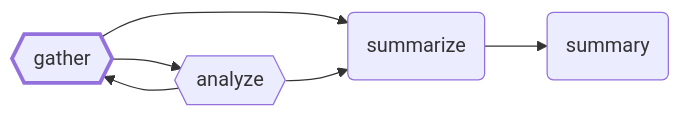
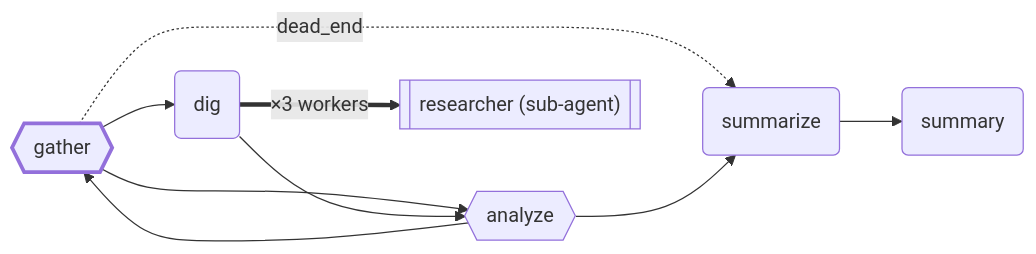
Before and after one commit to GEMISIS/leviath: the diagram in docs/assets/agents/src/researcher.mmd, drawn with Mermaid. The commit also changed 28 other files, not shown here.

First line of the commit message:
docs(agents): orchestrator catalog entry, regenerated diagrams, eight-agent counts

```diff
--- a/docs/assets/agents/src/researcher.mmd
+++ b/docs/assets/agents/src/researcher.mmd
@@ -1,12 +1,17 @@
 flowchart LR
     gather{{gather}}
     analyze{{analyze}}
     summarize(summarize)
     summary(summary)
+    dig(dig)
+    dig_workers[["researcher (sub-agent)"]]
+    gather --> dig
     gather --> analyze
-    gather --> summarize
+    gather -. dead_end .-> summarize
     analyze --> gather
     analyze --> summarize
     summarize --> summary
+    dig ==>|×3 workers| dig_workers
+    dig --> analyze
     classDef entry stroke-width:3px
     class gather entry
```
